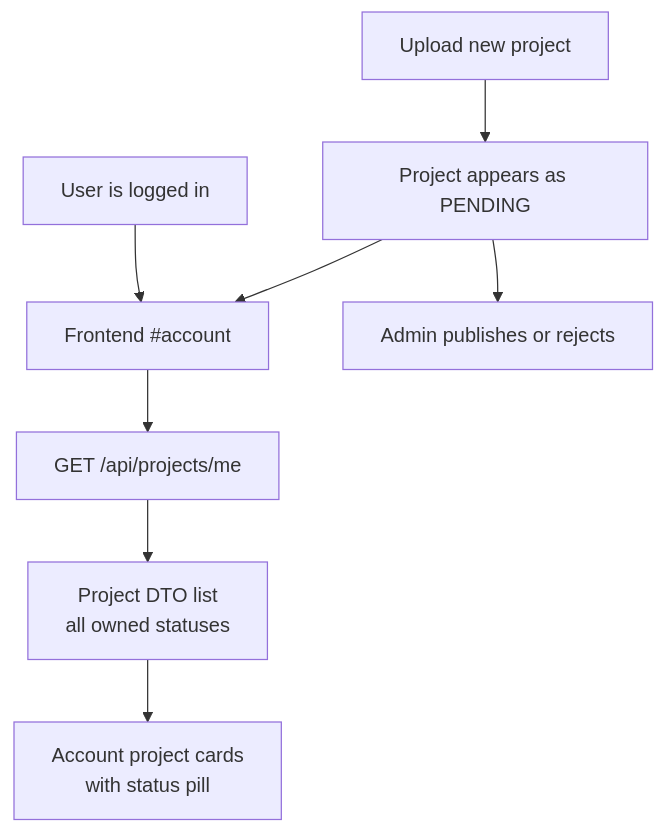
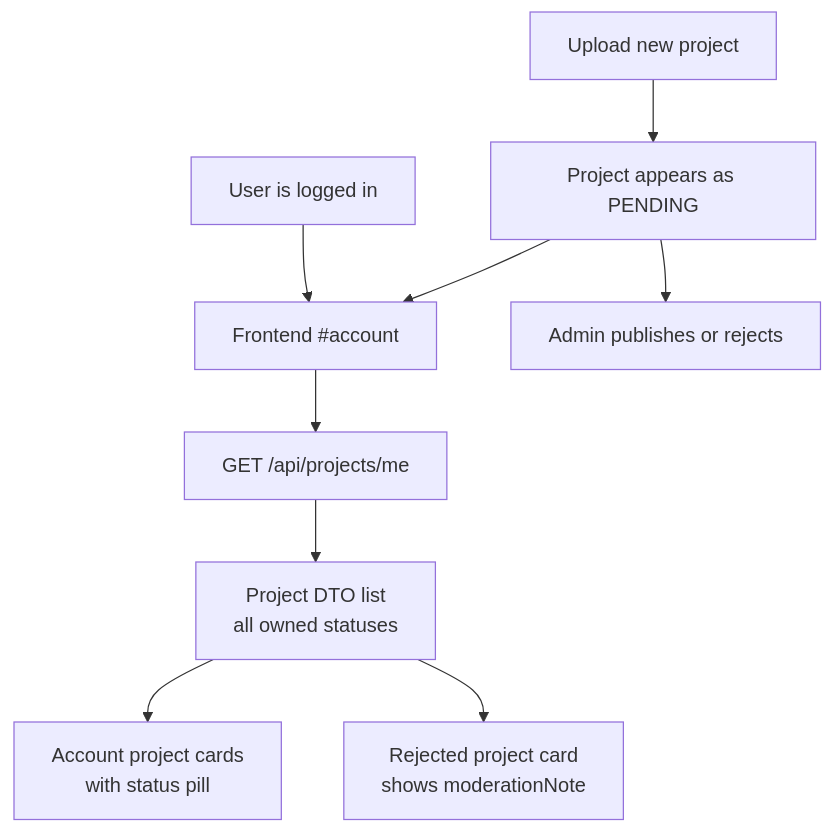
The seventh of 9 diagrams in README.md (bordermull/creator-platform), drawn with Mermaid before and after one commit. The commit also changed other lines of this file and 8 other files, not shown here.

````diff
--- a/README.md
+++ b/README.md
@@ -628,19 +633,21 @@
 ```mermaid
 flowchart TD
   login["User is logged in"]
   account["Frontend #account"]
   mine["GET /api/projects/me"]
   dto["Project DTO list<br/>all owned statuses"]
   cards["Account project cards<br/>with status pill"]
+  rejectedReason["Rejected project card<br/>shows moderationNote"]
   upload["Upload new project"]
   pending["Project appears as PENDING"]
   admin["Admin publishes or rejects"]
 
   login --> account
   account --> mine
   mine --> dto
   dto --> cards
+  dto --> rejectedReason
   upload --> pending
   pending --> account
   pending --> admin
 ```
````
